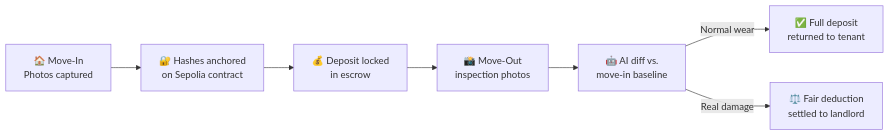
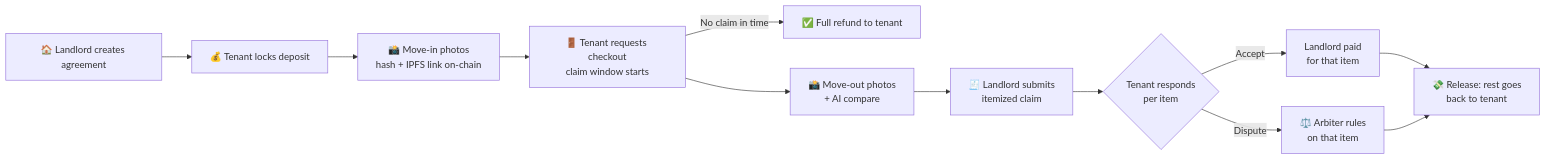
One commit to sharanyashetty013-droid/Solidity-gang- changed the diagram in README.md. Above: the diagram before and after it, drawn with Mermaid. The commit also changed other lines of this file, not shown here.

````diff
--- a/README.md
+++ b/README.md
@@ -96,9 +44,14 @@
 ```mermaid
 flowchart LR
-    A[🏠 Move-In<br/>Photos captured] --> B[🔐 Hashes anchored<br/>on Sepolia contract]
-    B --> C[💰 Deposit locked<br/>in escrow]
-    C --> D[📸 Move-Out<br/>inspection photos]
-    D --> E[🤖 AI diff vs.<br/>move-in baseline]
-    E -->|Normal wear| F[✅ Full deposit<br/>returned to tenant]
-    E -->|Real damage| G[⚖️ Fair deduction<br/>settled to landlord]
+    A["🏠 Landlord creates agreement"] --> B["💰 Tenant locks deposit"]
+    B --> C["📸 Move-in photos<br/>hash + IPFS link on-chain"]
+    C --> D["🚪 Tenant requests checkout<br/>claim window starts"]
+    D -->|No claim in time| F["✅ Full refund to tenant"]
+    D --> E["📸 Move-out photos<br/>+ AI compare"]
+    E --> G["🧾 Landlord submits<br/>itemized claim"]
+    G --> H{"Tenant responds<br/>per item"}
+    H -->|Accept| I["Landlord paid<br/>for that item"]
+    H -->|Dispute| J["⚖️ Arbiter rules<br/>on that item"]
+    I --> K["💸 Release: rest goes<br/>back to tenant"]
+    J --> K
 ```
````
